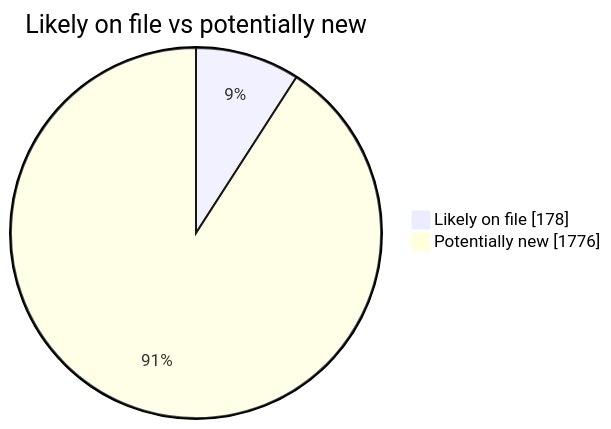
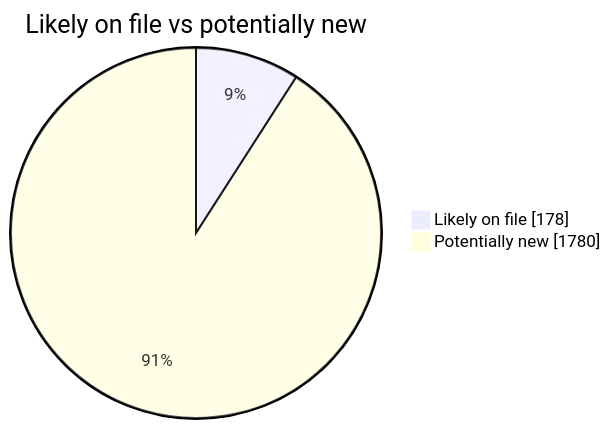
Before and after one commit to martinbalfanz/social-scanner-reports: the second of 4 diagrams in README.md, drawn with Mermaid. The commit also changed other lines of this file and 4 other files, not shown here.

````diff
--- a/README.md
+++ b/README.md
@@ -40,5 +40,5 @@
 ```mermaid
 pie showData title Likely on file vs potentially new
     "Likely on file" : 178
-    "Potentially new" : 1776
+    "Potentially new" : 1780
 ```
````
